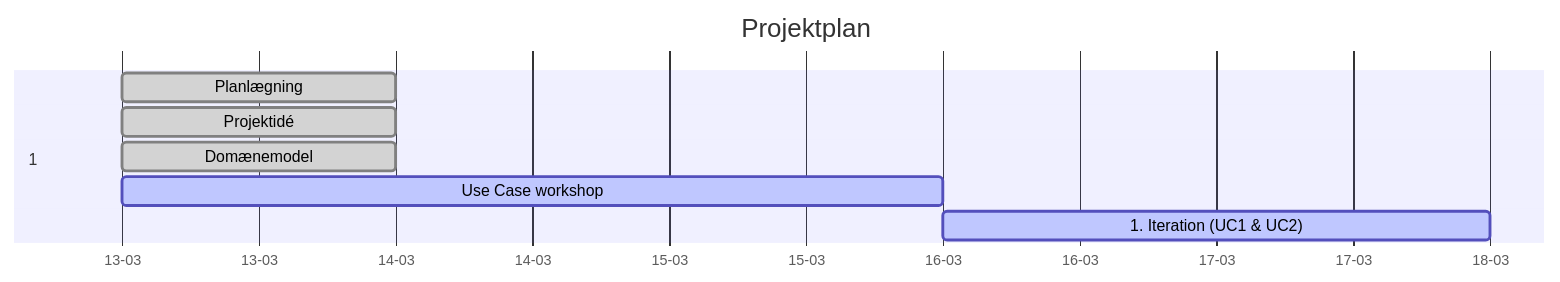
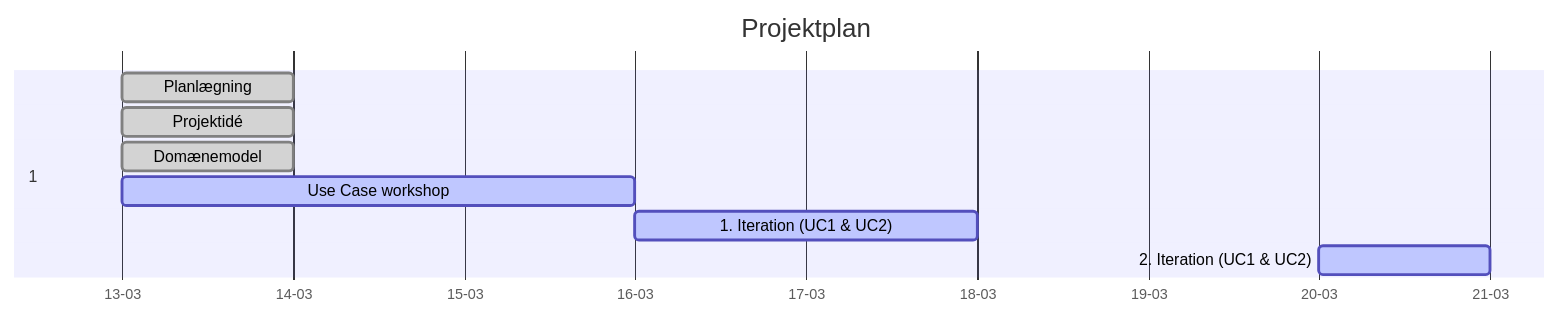
The diagram in docs/notes/Gantt.md (MatiasHeiberg/sibdat25-SysUd_SofArk_Project), drawn with Mermaid before and after one commit. The commit also changed 1 other file, not shown here.

Commit message:
Gantt/burndown

````diff
--- a/docs/notes/Gantt.md
+++ b/docs/notes/Gantt.md
@@ -8,16 +8,17 @@
 ```mermaid
 gantt
     title Projektplan
     dateFormat  YYYY-MM-DD
     axisFormat  %d-%m
 
     section 1
     Planlægning          :done,    p1, 2026-03-13, 1d
     Projektidé           :done,    p1, 2026-03-13, 1d
 	Domænemodel          :done,    p1, 2026-03-13, 1d
 	Use Case workshop    :active,  p1, 2026-03-13, 3d
 	1. Iteration (UC1 & UC2)    :active,  p1, 2026-03-16, 2d
+	2. Iteration (UC1 & UC2)    :active,  p1, 2026-03-20, 1d
 
 
     
 ```
````
